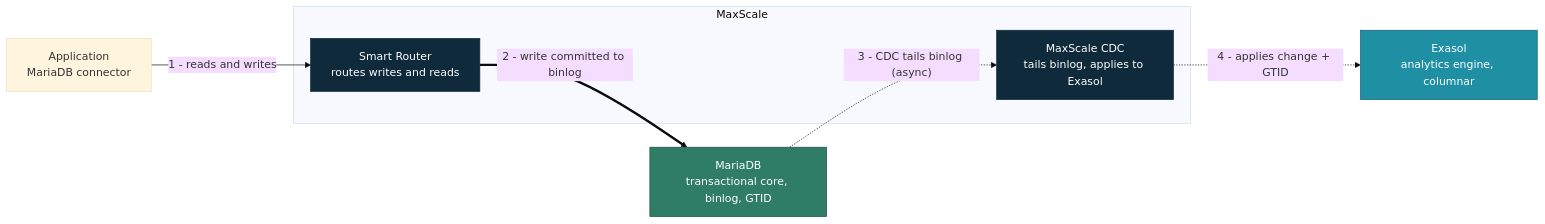
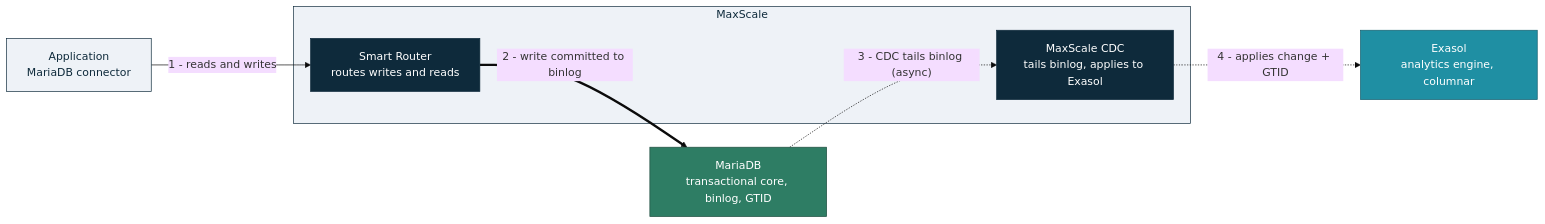
Before and after one commit to mariadb-corporation/mariadb-docs: the first of 2 diagrams in maxscale/mariadb-maxscale-tutorials/mariadb-maxscale-exasolrouter.md, drawn with Mermaid (base theme).

Commit message:
DOCS-6291 Improve contrast on the CDC data-flow diagram
Style the App node and the MaxScale subgraph explicitly so the default
GitBook Mermaid theme does not render their text near-invisible.

````diff
--- a/maxscale/mariadb-maxscale-tutorials/mariadb-maxscale-exasolrouter.md
+++ b/maxscale/mariadb-maxscale-tutorials/mariadb-maxscale-exasolrouter.md
@@ -262,20 +262,23 @@
 ```mermaid
 flowchart LR
     App["Application<br/>MariaDB connector"]
     subgraph MS["MaxScale"]
         SR["Smart Router<br/>routes writes and reads"]
         CDC["MaxScale CDC<br/>tails binlog, applies to Exasol"]
     end
     MDB["MariaDB<br/>transactional core, binlog, GTID"]
     EXA["Exasol<br/>analytics engine, columnar"]
     App -->|"1 - reads and writes"| SR
     SR ==>|"2 - write committed to binlog"| MDB
     MDB -.->|"3 - CDC tails binlog (async)"| CDC
     CDC -.->|"4 - applies change + GTID"| EXA
+    classDef app fill:#eef2f7,color:#0e2a3b,stroke:#0e2a3b;
     classDef ms fill:#0e2a3b,color:#fff,stroke:#0e2a3b;
     classDef maria fill:#2e7d64,color:#fff,stroke:#204d40;
     classDef exa fill:#1f8fa3,color:#fff,stroke:#155f6e;
+    class App app;
     class SR,CDC ms;
     class MDB maria;
     class EXA exa;
+    style MS fill:#eef2f7,color:#0e2a3b,stroke:#0e2a3b;
 ```
````
